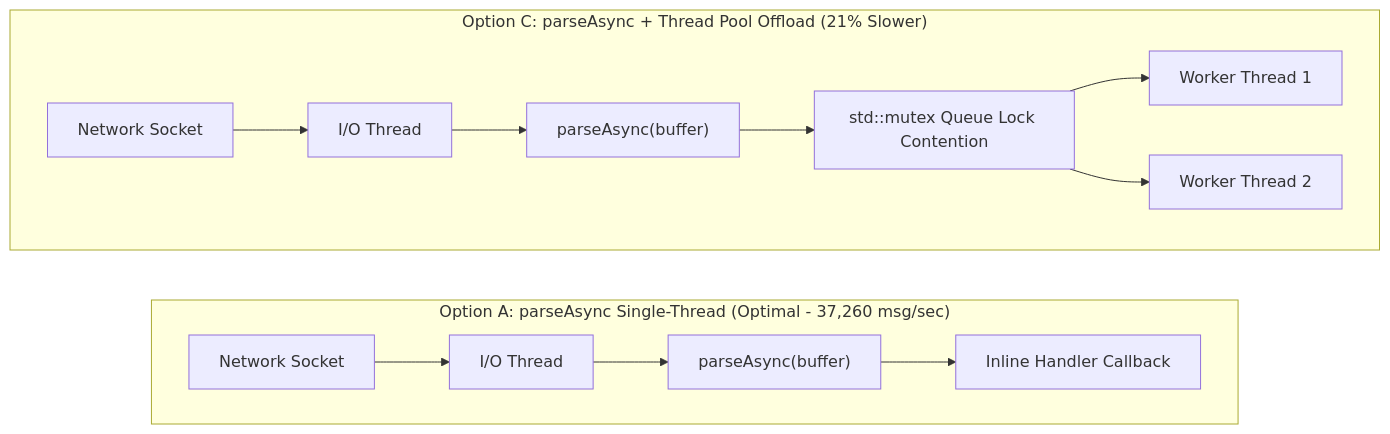
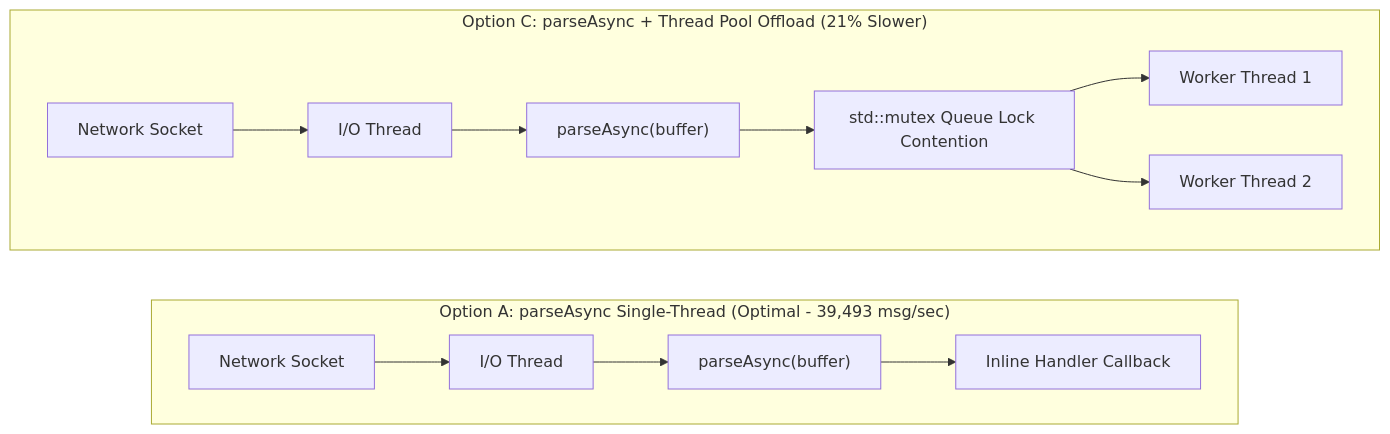
Before and after one commit to SiddiqSoft/sip2json: the third of 3 diagrams in docs/features/benchmarks.md, drawn with Mermaid. The commit also changed other lines of this file and 1 other file, not shown here.

Commit message:
docs(benchmarks): add version/git tag, host environment legend, historical milestone table (v1.17.x, v2.4.2), colorization, and Mermaid bar charts

````diff
--- a/docs/features/benchmarks.md
+++ b/docs/features/benchmarks.md
@@ -40,18 +71,18 @@
 ```mermaid
 flowchart LR
-    subgraph OptionA ["Option A: parseAsync Single-Thread (Optimal - 37,260 msg/sec)"]
+    subgraph OptionA ["Option A: parseAsync Single-Thread (Optimal - 39,493 msg/sec)"]
         direction LR
         SockA["Network Socket"] --> IOA["I/O Thread"]
         IOA --> PA["parseAsync(buffer)"]
         PA --> CBA["Inline Handler Callback"]
     end
     
     subgraph OptionC ["Option C: parseAsync + Thread Pool Offload (21% Slower)"]
         direction LR
         SockC["Network Socket"] --> IOC["I/O Thread"]
         IOC --> PC["parseAsync(buffer)"]
         PC --> Mtx["std::mutex Queue Lock Contention"]
         Mtx --> W1["Worker Thread 1"]
         Mtx --> W2["Worker Thread 2"]
     end
 ```
````
